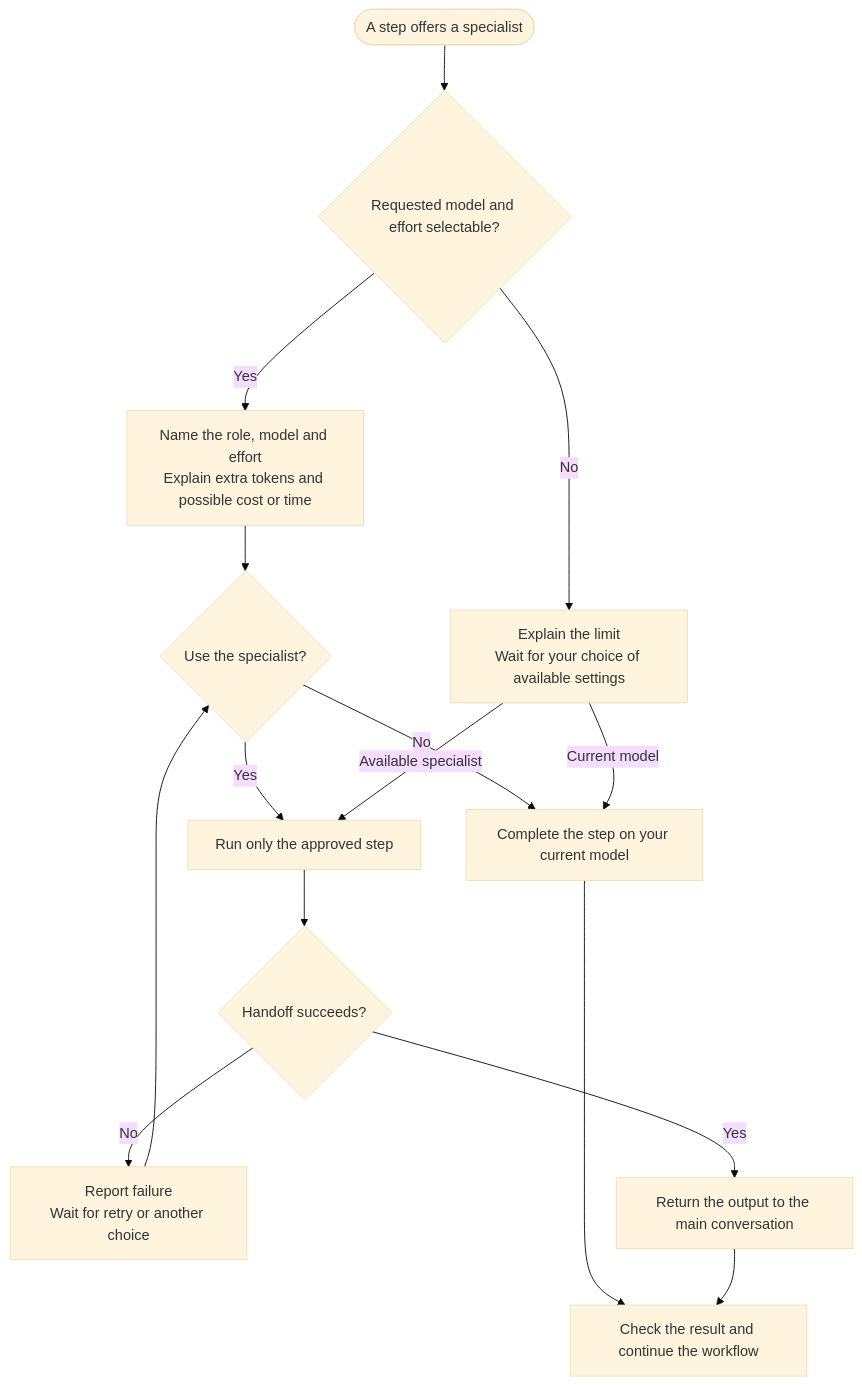
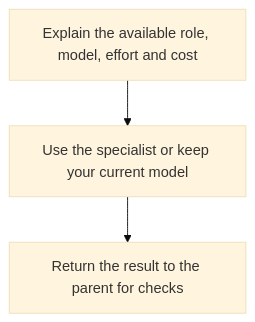
Before and after one commit to myowinthein/agent-compass: the diagram in docs/specialist-agents.md, drawn with Mermaid (base theme). The commit also changed other lines of this file and 67 other files, not shown here.

````diff
--- a/docs/specialist-agents.md
+++ b/docs/specialist-agents.md
@@ -24,17 +19,5 @@
 ```mermaid
 flowchart TD
-  Start(["A step offers a specialist"]) --> Available{"Requested model and effort selectable?"}
-  Available -->|Yes| Offer["Name the role, model and effort<br/>Explain extra tokens and possible cost or time"]
-  Offer --> Choice{"Use the specialist?"}
-  Choice -->|No| Current["Complete the step on your current model"]
-  Choice -->|Yes| Task["Run only the approved step"]
-  Available -->|No| Alternative["Explain the limit<br/>Wait for your choice of available settings"]
-  Alternative -->|Current model| Current
-  Alternative -->|Available specialist| Task
-  Task --> Success{"Handoff succeeds?"}
-  Success -->|No| Retry["Report failure<br/>Wait for retry or another choice"]
-  Retry --> Choice
-  Success -->|Yes| Return["Return the output to the main conversation"]
-  Current --> Check["Check the result and continue the workflow"]
-  Return --> Check
+  Offer["Explain the available role, model, effort and cost"] --> Choose["Use the specialist or keep your current model"]
+  Choose --> Verify["Return the result to the parent for checks"]
 ```
````
